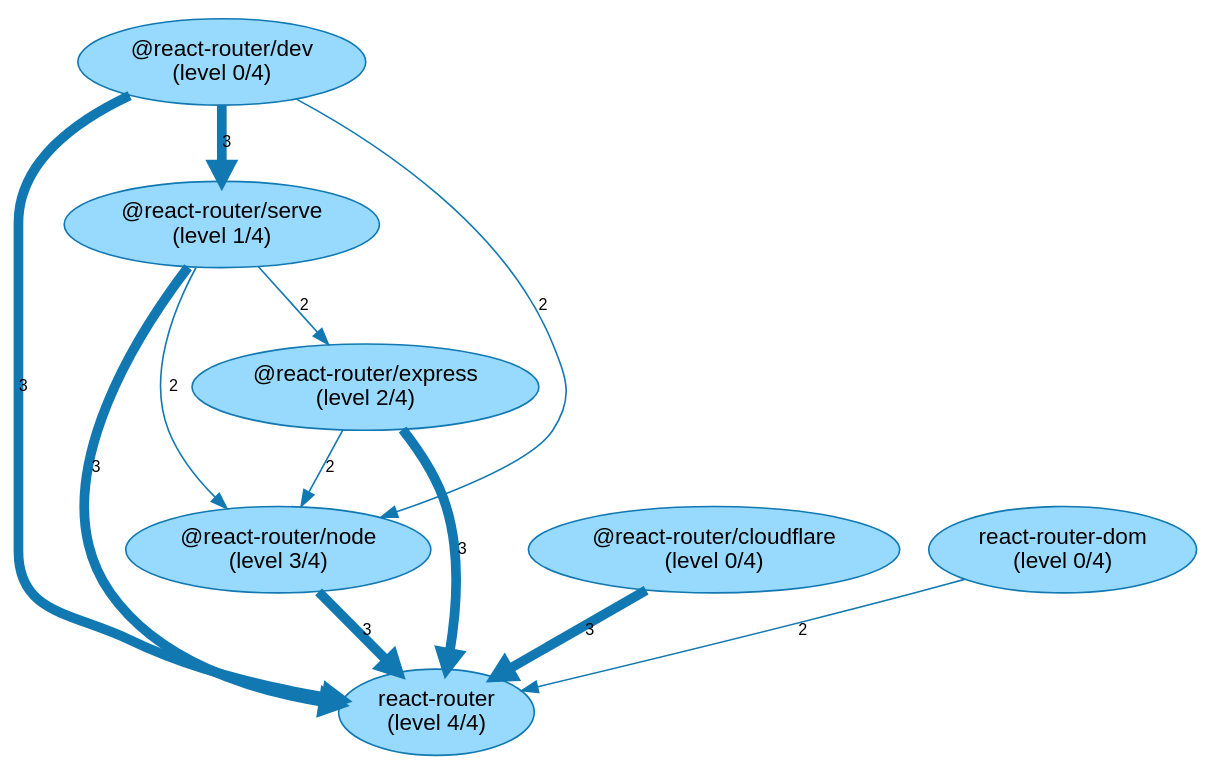
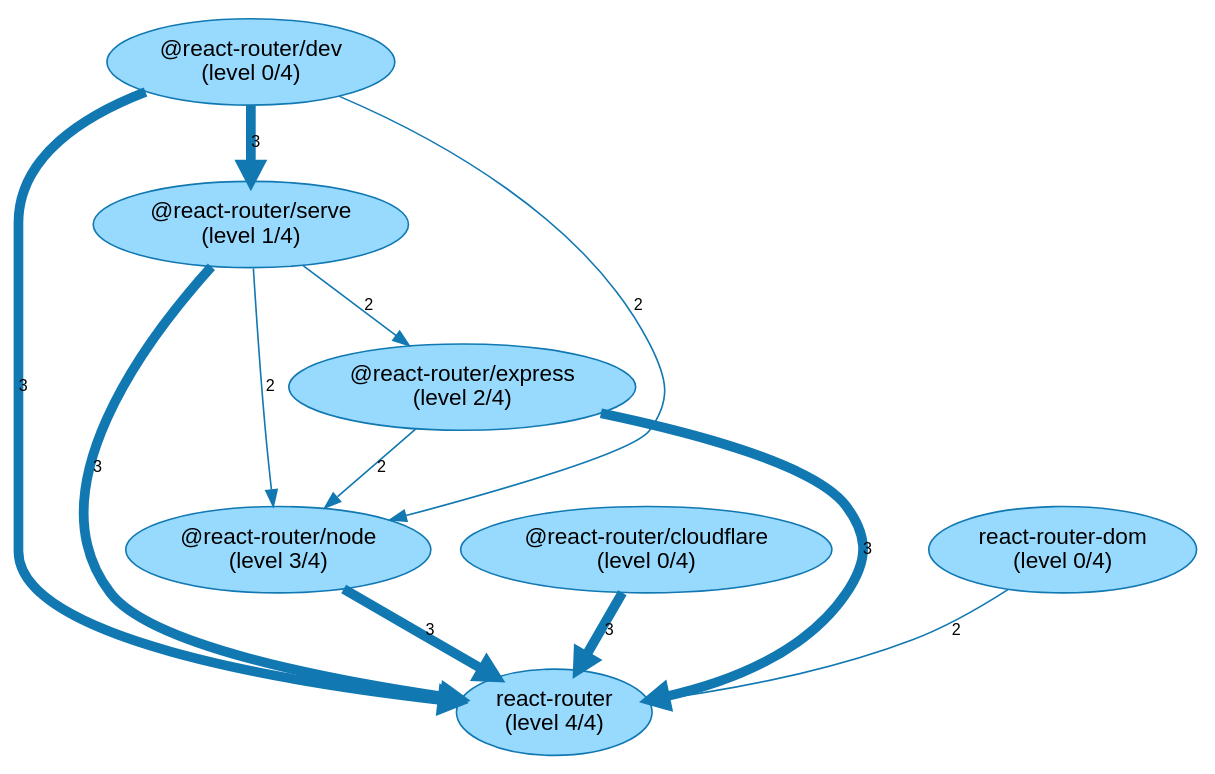
Before and after one commit to JohT/code-graph-analysis-examples: the diagram in analysis-results/react-router/latest/internal-dependencies/NPM_NonDevPackage/Graph_Visualizations/NpmPackageBuildLevels.gv, drawn with Graphviz. The commit also changed other lines of this file and 335 other files, not shown here.

```diff
--- a/analysis-results/react-router/latest/internal-dependencies/NPM_NonDevPackage/Graph_Visualizations/NpmPackageBuildLevels.gv
+++ b/analysis-results/react-router/latest/internal-dependencies/NPM_NonDevPackage/Graph_Visualizations/NpmPackageBuildLevels.gv
@@ -1,21 +1,21 @@
 // This GraphViz dot file was generated by the script convertQueryResultCsvToGraphVizDotFile.sh with default.template
 
 strict digraph NpmPackageBuildLevels {
     fontname = "Helvetica,Arial,sans-serif";
     node [fontname = "Helvetica,Arial,sans-serif";];
     edge [fontname = "Helvetica,Arial,sans-serif"; fontsize = 10;];
     node [style = filled; fillcolor = "0.560 0.400 0.999";];
     node [color = "0.560 0.900 0.700";];
     edge [color = "0.560 0.900 0.700";];
 	"@react-router/dev\n(level 0/4)" -> "react-router\n(level 4/4)" [label = 3; penwidth = 6.0; ];
 	"@react-router/node\n(level 3/4)" -> "react-router\n(level 4/4)" [label = 3; penwidth = 6.0; ];
 	"@react-router/serve\n(level 1/4)" -> "react-router\n(level 4/4)" [label = 3; penwidth = 6.0; ];
+	"@react-router/cloudflare\n(level 0/4)" -> "react-router\n(level 4/4)" [label = 3; penwidth = 6.0; ];
 	"@react-router/express\n(level 2/4)" -> "react-router\n(level 4/4)" [label = 3; penwidth = 6.0; ];
-	"@react-router/cloudflare\n(level 0/4)" -> "react-router\n(level 4/4)" [label = 3; penwidth = 6.0; ];
 	"@react-router/dev\n(level 0/4)" -> "@react-router/serve\n(level 1/4)" [label = 3; penwidth = 6.0; ];
 	"react-router-dom\n(level 0/4)" -> "react-router\n(level 4/4)" [label = 2; penwidth = 1.0; ];
 	"@react-router/dev\n(level 0/4)" -> "@react-router/node\n(level 3/4)" [label = 2; penwidth = 1.0; ];
+	"@react-router/express\n(level 2/4)" -> "@react-router/node\n(level 3/4)" [label = 2; penwidth = 1.0; ];
 	"@react-router/serve\n(level 1/4)" -> "@react-router/node\n(level 3/4)" [label = 2; penwidth = 1.0; ];
-	"@react-router/express\n(level 2/4)" -> "@react-router/node\n(level 3/4)" [label = 2; penwidth = 1.0; ];
 	"@react-router/serve\n(level 1/4)" -> "@react-router/express\n(level 2/4)" [label = 2; penwidth = 1.0; ];
 }
```
